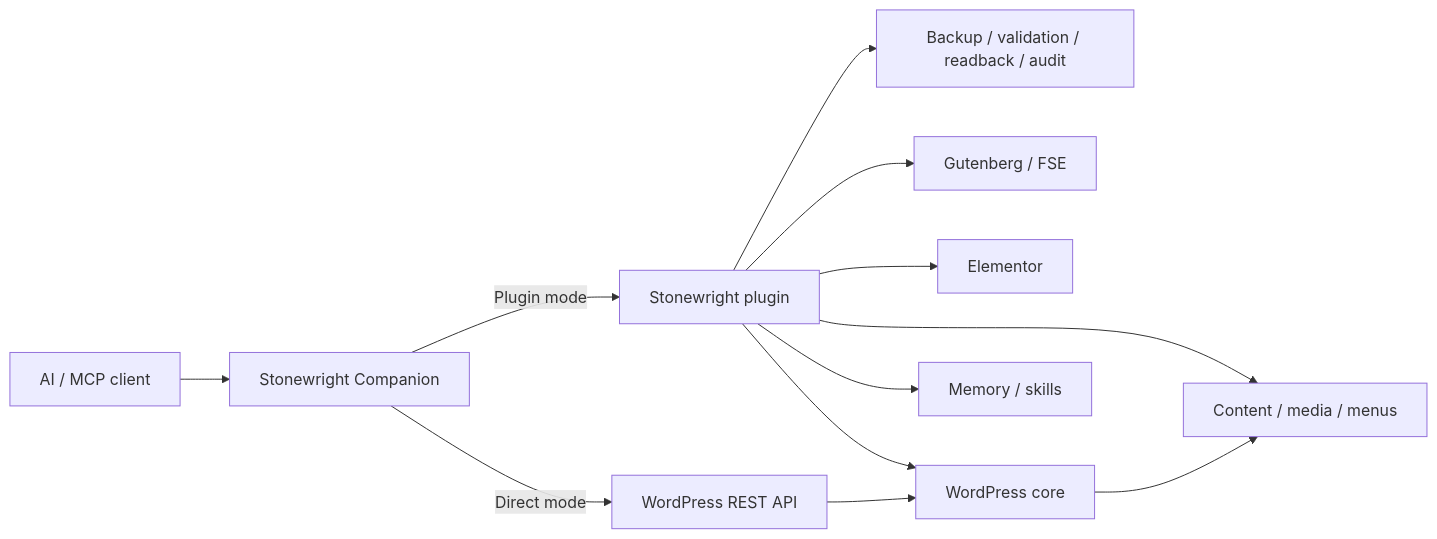
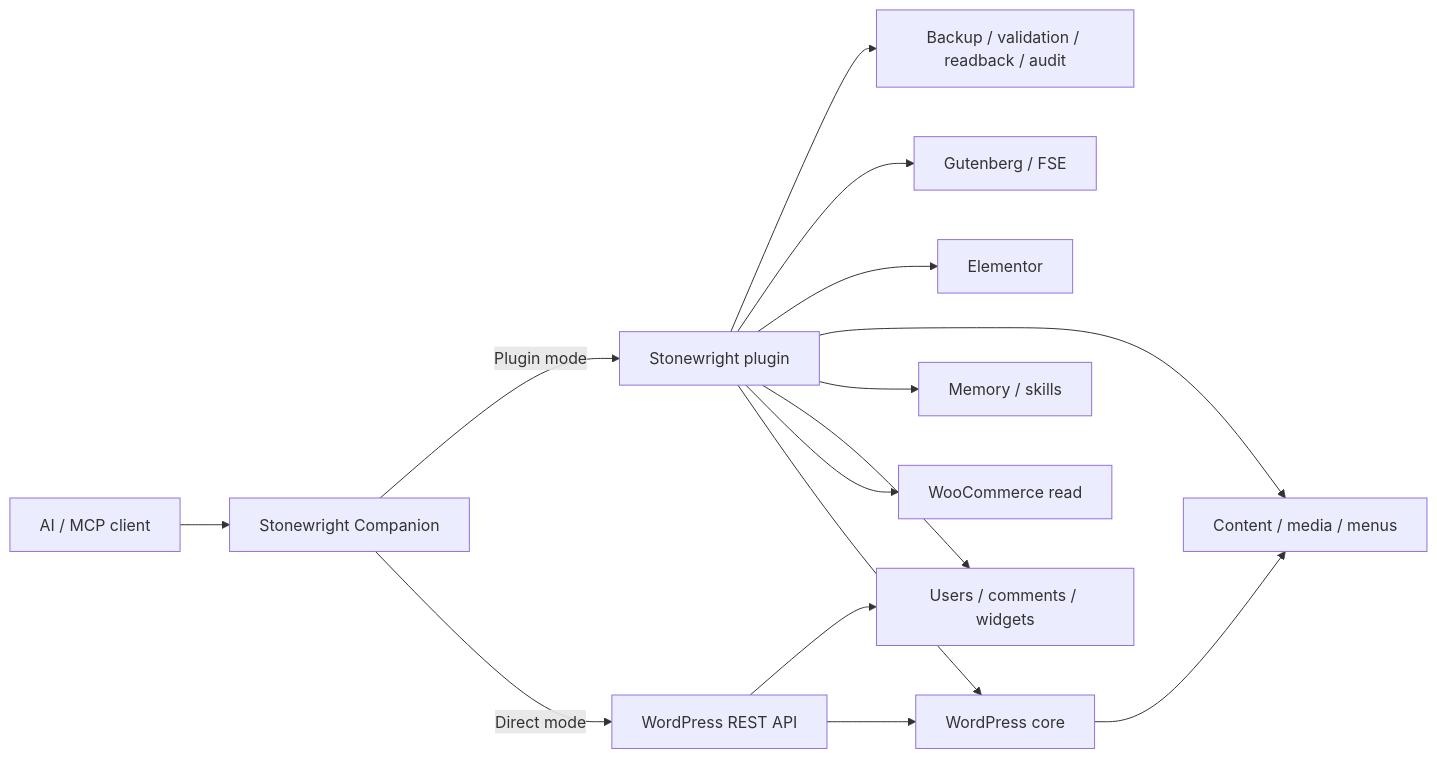
One commit to cosmincraciun97/stonewright-wp-mcp changed the diagram in README.md. Above: the diagram before and after it, drawn with Mermaid. The commit also changed 107 other files, not shown here.

First line of the commit message:
feat: REST parity wave 3 for plugin abilities and Direct mode

````diff
--- a/README.md
+++ b/README.md
@@ -187,25 +187,30 @@
 ```mermaid
 flowchart LR
   Client[AI / MCP client]
   Companion[Stonewright Companion]
   Plugin[Stonewright plugin]
   REST[WordPress REST API]
   WP[WordPress core]
   Guten[Gutenberg / FSE]
   Elem[Elementor]
   Content[Content / media / menus]
   Mem[Memory / skills]
+  Users[Users / comments / widgets]
+  WC[WooCommerce read]
   Gates[Backup / validation / readback / audit]
 
   Client --> Companion
   Companion -->|Plugin mode| Plugin
   Companion -->|Direct mode| REST
   Plugin --> Gates
   Plugin --> Guten
   Plugin --> Elem
   Plugin --> Content
   Plugin --> Mem
+  Plugin --> Users
+  Plugin --> WC
+  REST --> Users
   REST --> WP
   WP --> Content
   Plugin --> WP
 ```
````
